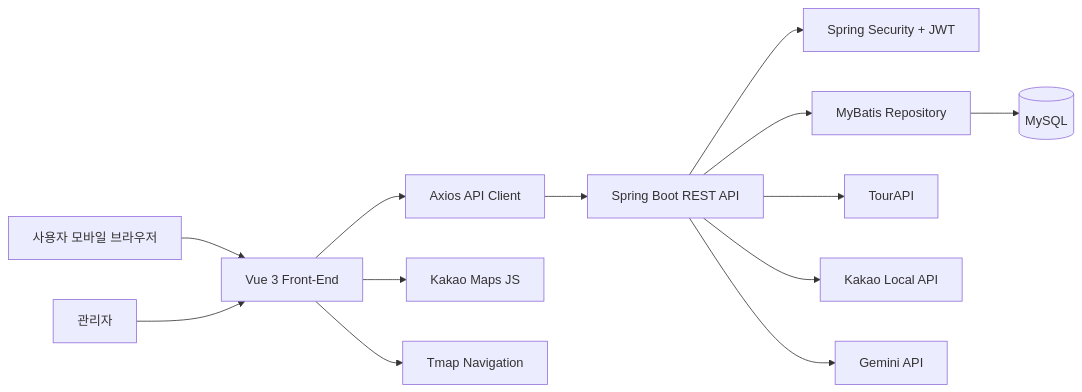
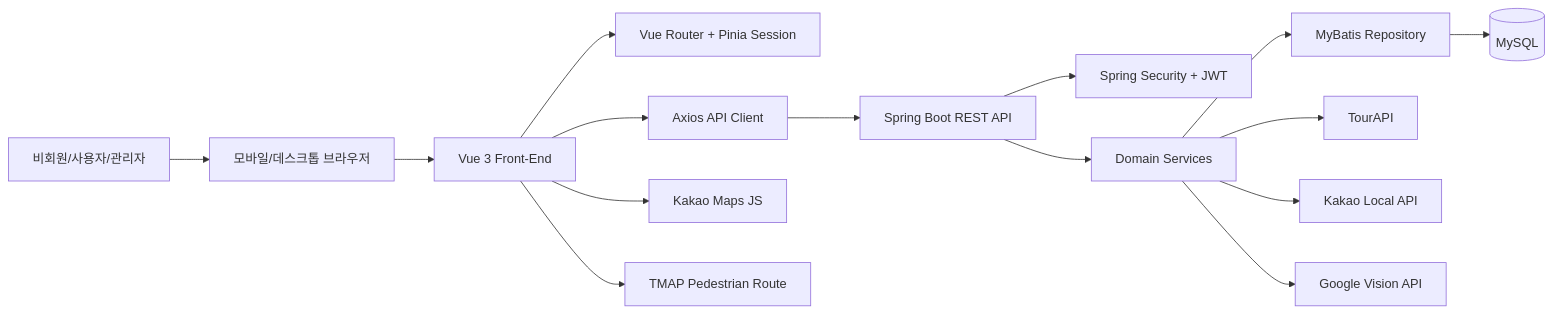
One commit to kanghyunsoon/operation-seoul changed the first of 4 diagrams in docs/02_DESIGN_DOCUMENT.md. Above: the diagram before and after it, drawn with Mermaid. The commit also changed other lines of this file and 84 other files, not shown here.

````diff
--- a/docs/02_DESIGN_DOCUMENT.md
+++ b/docs/02_DESIGN_DOCUMENT.md
@@ -5,15 +5,17 @@
 ```mermaid
 flowchart LR
-    User[사용자 모바일 브라우저] --> Vue[Vue 3 Front-End]
-    Admin[관리자] --> Vue
+    Guest[비회원/사용자/관리자] --> Browser[모바일/데스크톱 브라우저]
+    Browser --> Vue[Vue 3 Front-End]
+    Vue --> Router[Vue Router + Pinia Session]
     Vue --> Axios[Axios API Client]
     Axios --> Spring[Spring Boot REST API]
     Spring --> Security[Spring Security + JWT]
-    Spring --> MyBatis[MyBatis Repository]
+    Spring --> Service[Domain Services]
+    Service --> MyBatis[MyBatis Repository]
     MyBatis --> MySQL[(MySQL)]
-    Spring --> TourAPI[TourAPI]
-    Spring --> KakaoLocal[Kakao Local API]
+    Service --> TourAPI[TourAPI]
+    Service --> KakaoLocal[Kakao Local API]
+    Service --> GoogleVision[Google Vision API]
     Vue --> KakaoMap[Kakao Maps JS]
-    Vue --> Tmap[Tmap Navigation]
-    Spring --> Gemini[Gemini API]
+    Vue --> Tmap[TMAP Pedestrian Route]
 ```
````
